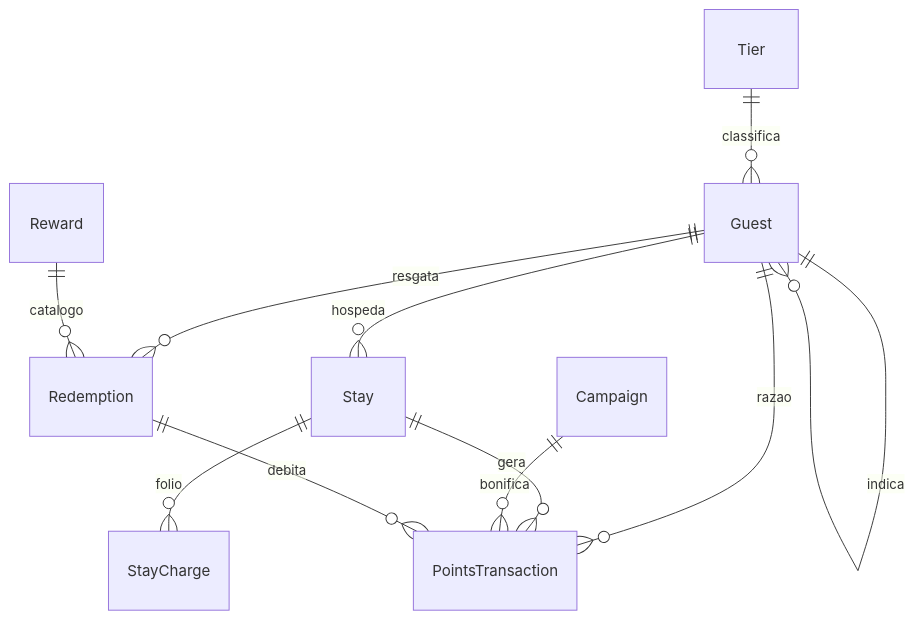
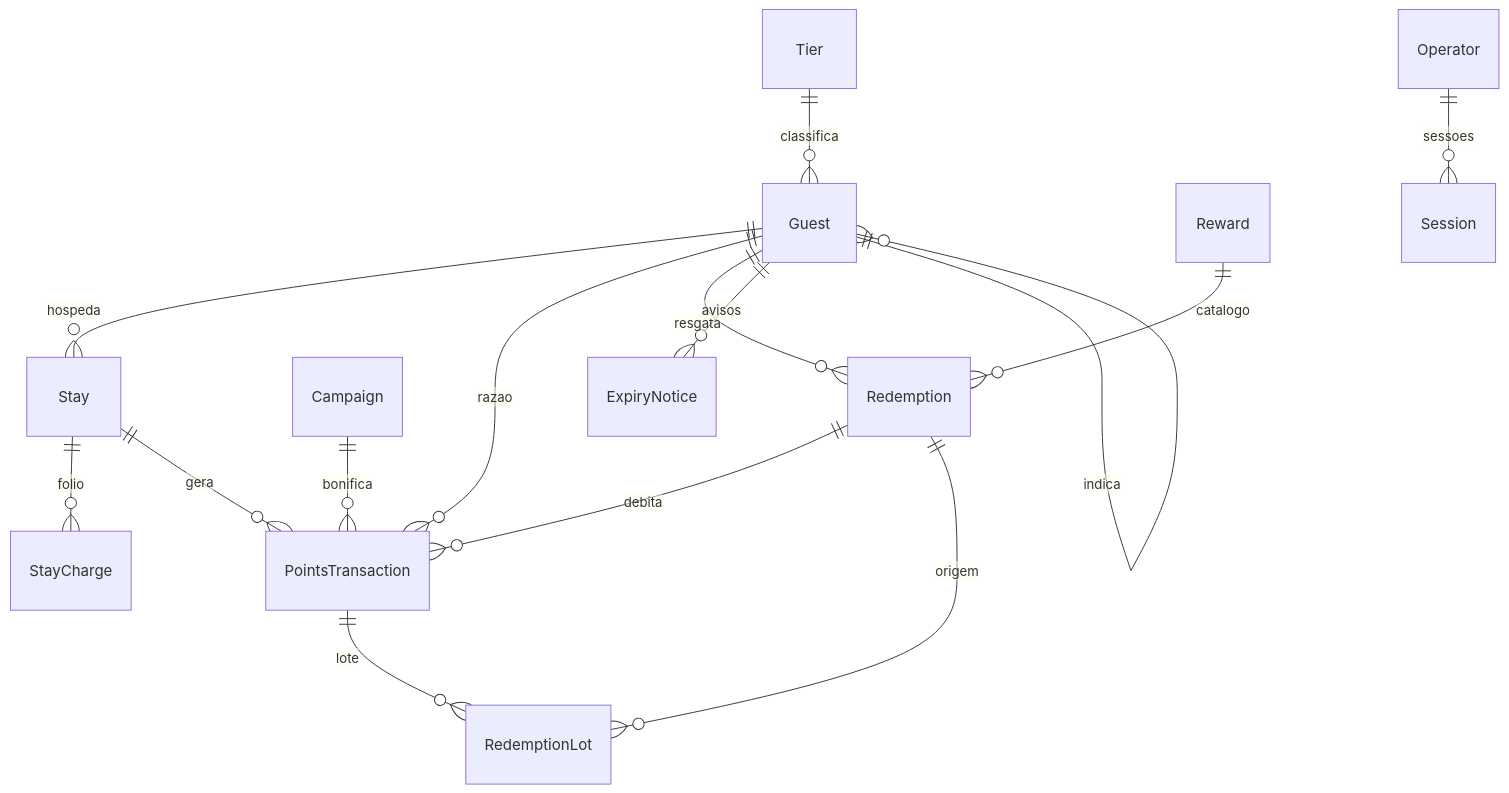
Before and after one commit to financeiroita/fidelidade-sistema: the diagram in docs/modelo-de-dados.md, drawn with Mermaid. The commit also changed other lines of this file and 48 other files, not shown here.

````diff
--- a/docs/modelo-de-dados.md
+++ b/docs/modelo-de-dados.md
@@ -3,13 +5,17 @@
 ```mermaid
 erDiagram
   Tier ||--o{ Guest : classifica
   Guest ||--o{ Stay : hospeda
   Stay ||--o{ StayCharge : folio
   Guest ||--o{ PointsTransaction : razao
   Stay ||--o{ PointsTransaction : gera
   Campaign ||--o{ PointsTransaction : bonifica
   Guest ||--o{ Redemption : resgata
   Reward ||--o{ Redemption : catalogo
   Redemption ||--o{ PointsTransaction : debita
+  Redemption ||--o{ RedemptionLot : origem
+  PointsTransaction ||--o{ RedemptionLot : lote
+  Guest ||--o{ ExpiryNotice : avisos
   Guest ||--o{ Guest : indica
+  Operator ||--o{ Session : sessoes
 ```
````
